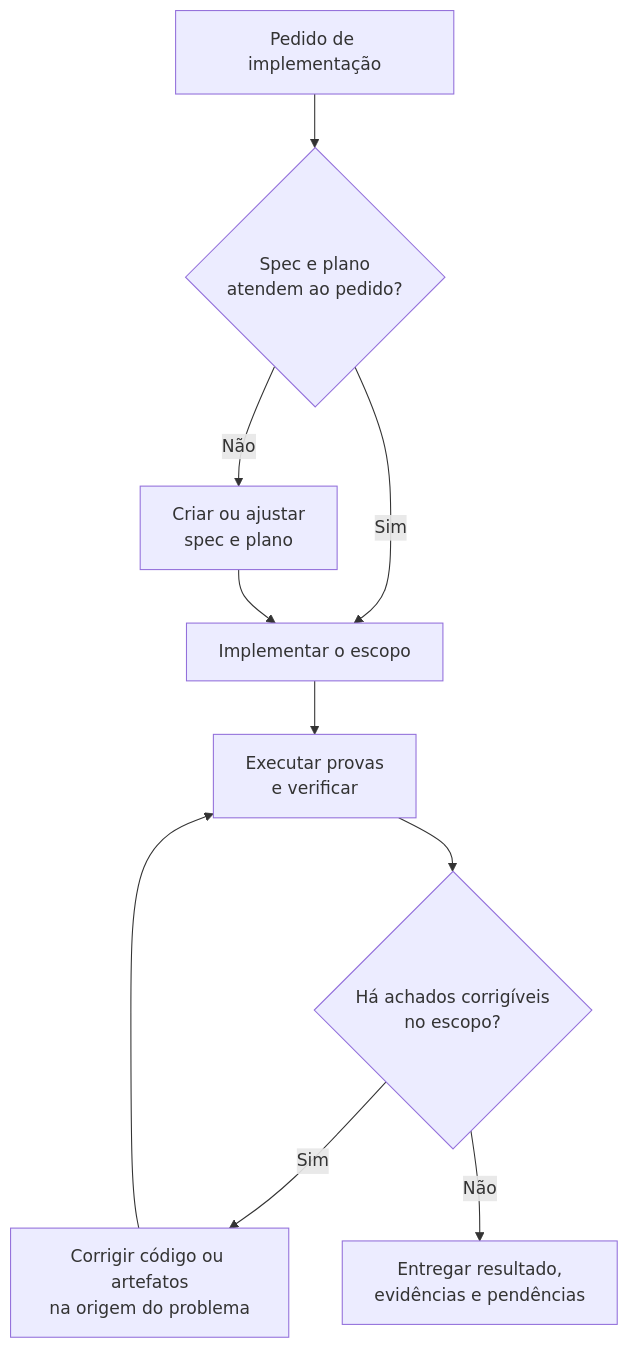
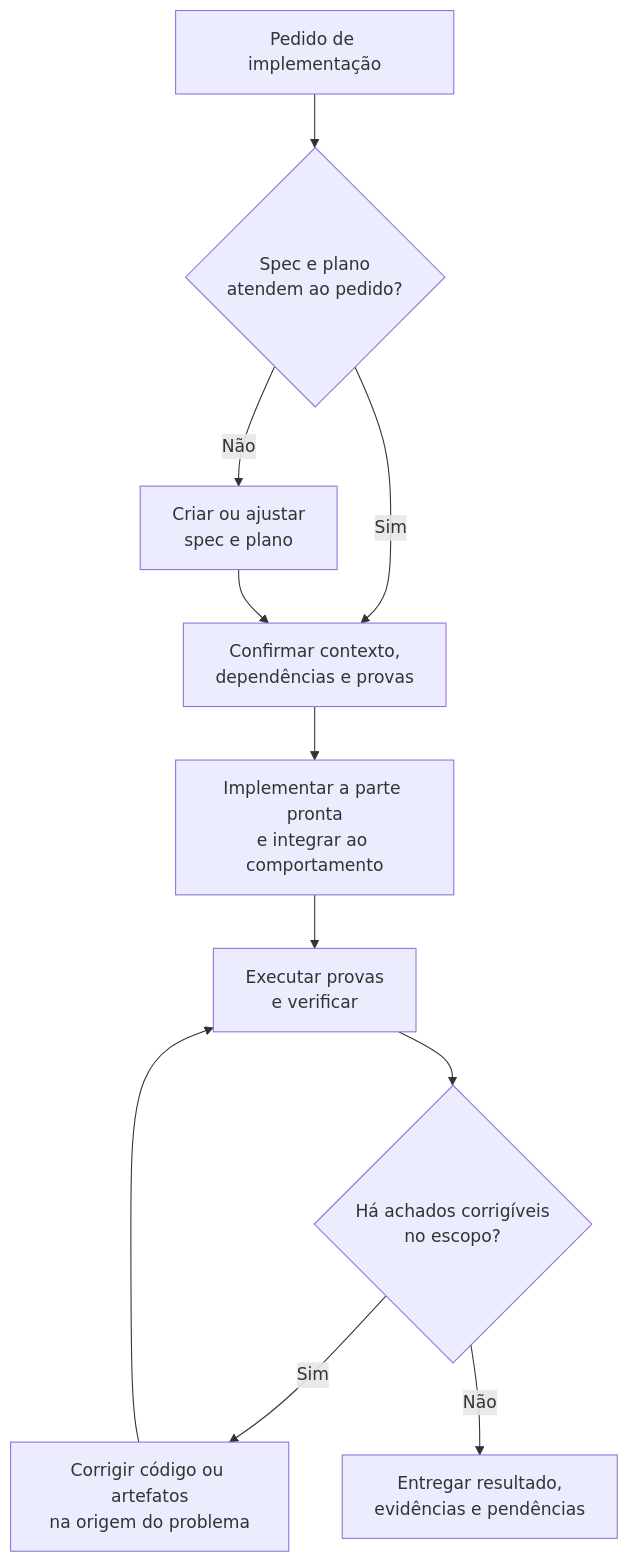
One commit to guilhermesalvi/ai-skills changed the second of 2 diagrams in plugins/ai-skills/skills/sdd/README.md. Above: the diagram before and after it, drawn with Mermaid. The commit also changed other lines of this file and 30 other files, not shown here.

````diff
--- a/plugins/ai-skills/skills/sdd/README.md
+++ b/plugins/ai-skills/skills/sdd/README.md
@@ -94,12 +103,13 @@
 ```mermaid
 flowchart TD
     request["Pedido de implementação"] --> artifacts{"Spec e plano<br/>atendem ao pedido?"}
     artifacts -->|Não| prepare["Criar ou ajustar<br/>spec e plano"]
-    artifacts -->|Sim| implement["Implementar o escopo"]
-    prepare --> implement
+    artifacts -->|Sim| ready["Confirmar contexto,<br/>dependências e provas"]
+    prepare --> ready
+    ready --> implement["Implementar a parte pronta<br/>e integrar ao comportamento"]
     implement --> verify["Executar provas<br/>e verificar"]
     verify --> findings{"Há achados corrigíveis<br/>no escopo?"}
     findings -->|Sim| correct["Corrigir código ou artefatos<br/>na origem do problema"]
     correct --> verify
     findings -->|Não| deliver["Entregar resultado,<br/>evidências e pendências"]
 ```
````
